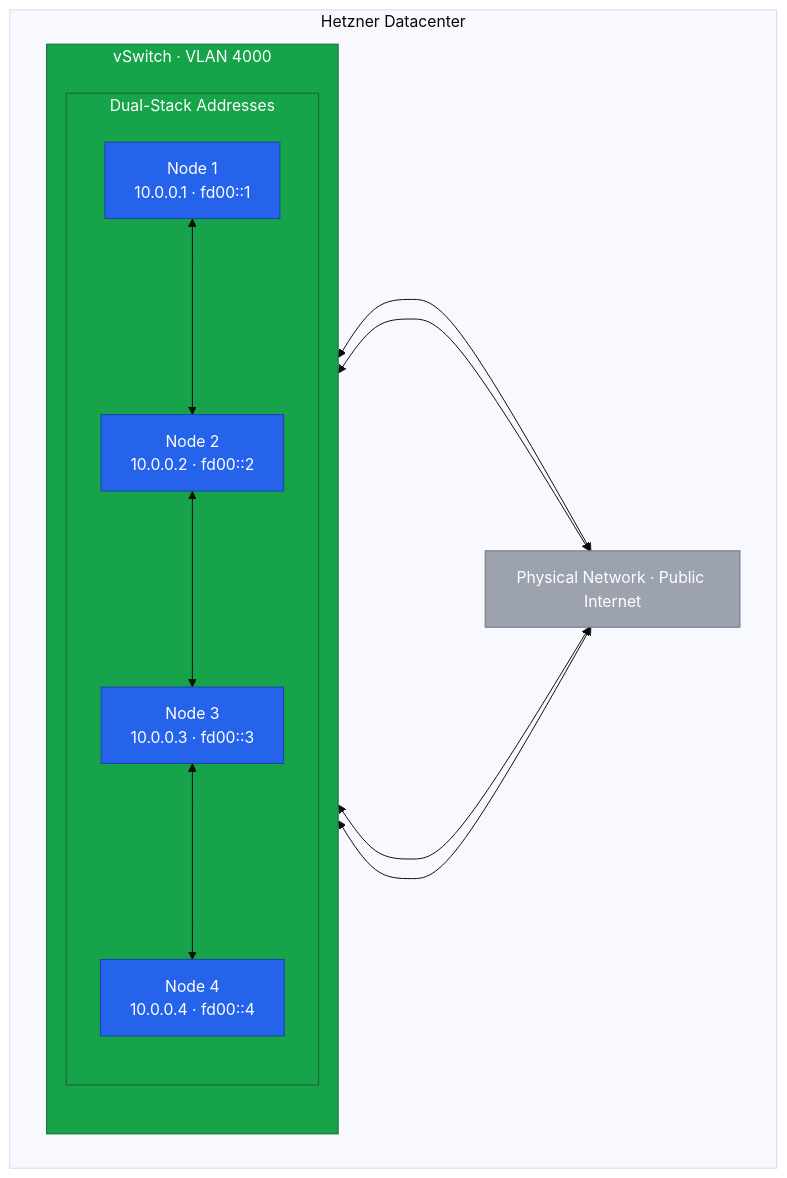
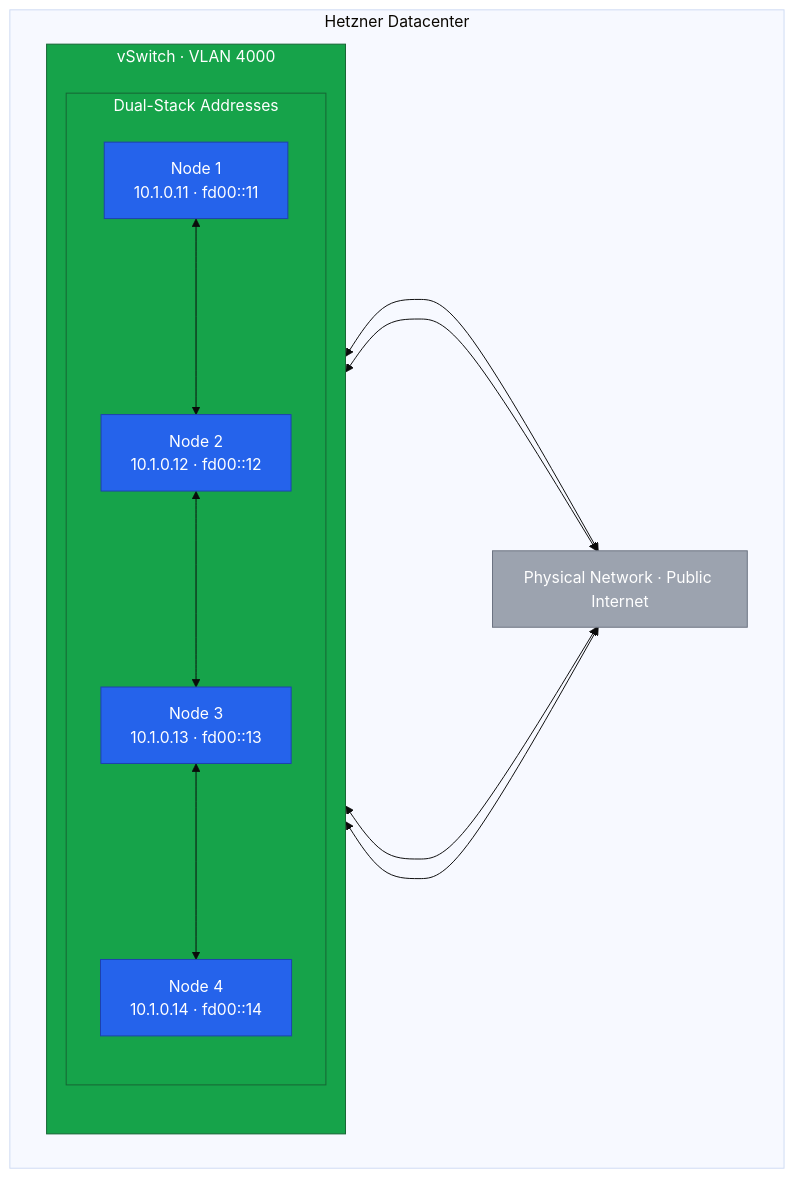
One commit to philprime/philprime.dev changed the second of 2 diagrams in guides/migrating-k3s-to-rke2-without-downtime/lesson-3.md. Above: the diagram before and after it, drawn with Mermaid (base theme). The commit also changed other lines of this file and 9 other files, not shown here.

````diff
--- a/guides/migrating-k3s-to-rke2-without-downtime/lesson-3.md
+++ b/guides/migrating-k3s-to-rke2-without-downtime/lesson-3.md
@@ -140,32 +140,32 @@
 ```mermaid!
 flowchart TB
     subgraph DC["Hetzner Datacenter"]
         subgraph VS["vSwitch · VLAN 4000"]
             direction TB
             subgraph addrs["Dual-Stack Addresses"]
-                N1["Node 1<br/>10.0.0.1 · fd00::1"]
-                N2["Node 2<br/>10.0.0.2 · fd00::2"]
-                N3["Node 3<br/>10.0.0.3 · fd00::3"]
-                N4["Node 4<br/>10.0.0.4 · fd00::4"]
+                N1["Node 1<br/>10.1.0.11 · fd00::11"]
+                N2["Node 2<br/>10.1.0.12 · fd00::12"]
+                N3["Node 3<br/>10.1.0.13 · fd00::13"]
+                N4["Node 4<br/>10.1.0.14 · fd00::14"]
             end
         end
         PN["Physical Network · Public Internet"]
     end
 
     N1 <---> PN
     N2 <---> PN
     N3 <---> PN
     N4 <---> PN
 
     N1 <---> N2
     N2 <---> N3
     N3 <---> N4
 
     classDef vswitch fill:#16a34a,color:#fff,stroke:#166534
     classDef node fill:#2563eb,color:#fff,stroke:#1e40af
     classDef network fill:#9ca3af,color:#fff,stroke:#6b7280
 
     class VS,addrs vswitch
     class N1,N2,N3,N4 node
     class PN network
 ```
````
